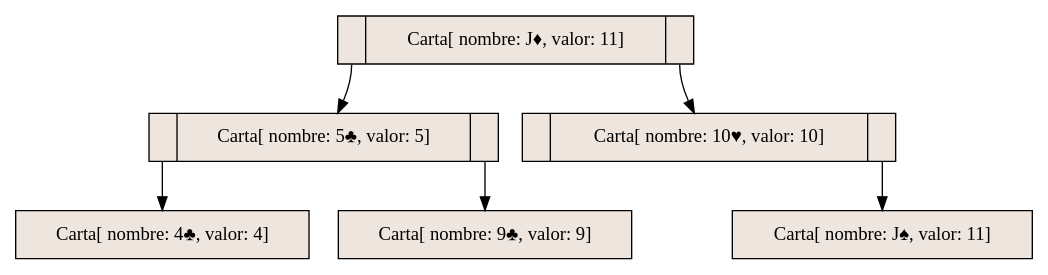
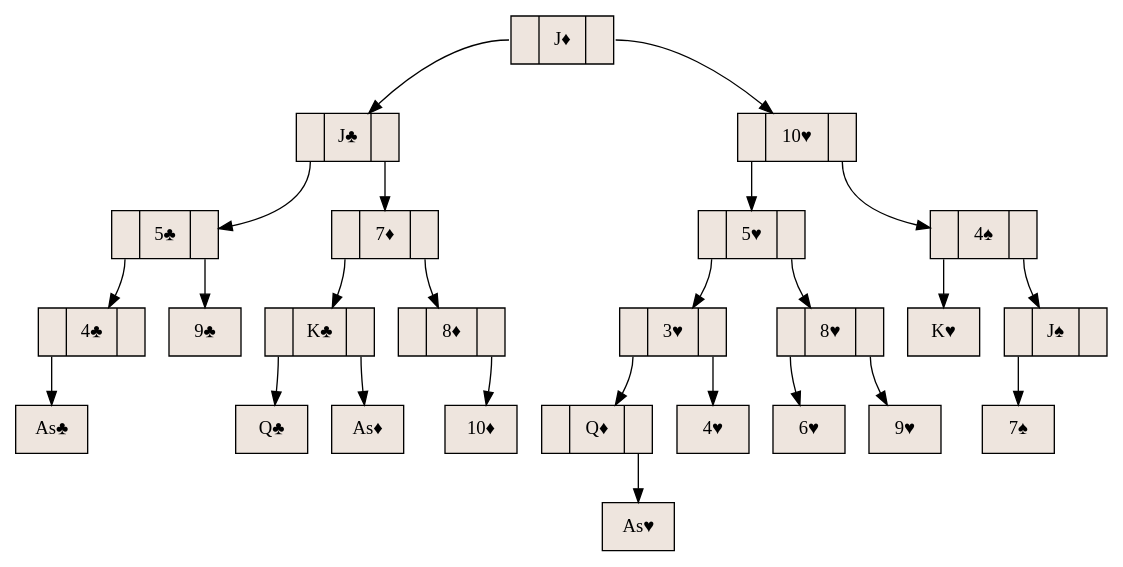
The diagram in Pyramid_EDD/AVL.dot (DulceLeon/EDD_Pyramid_AVL), drawn with Graphviz before and after one commit. The commit also changed 14 other files, not shown here.

```diff
--- a/Pyramid_EDD/AVL.dot
+++ b/Pyramid_EDD/AVL.dot
@@ -1,15 +1,53 @@
 digraph grafica{
 rankdir=TB;
 node [shape = record, style=filled, fillcolor=seashell2];
-nodo31 [ label ="<C0>|Carta[ nombre:  J♦, valor: 11] |<C1>"];
-nodo5 [ label ="<C0>|Carta[ nombre:  5♣, valor: 5] |<C1>"];
-nodo4 [ label ="Carta[ nombre:  4♣, valor: 4] "];
+nodo31 [ label ="<C0>|J♦|<C1>"];
+nodo11 [ label ="<C0>|J♣|<C1>"];
+nodo5 [ label ="<C0>|5♣|<C1>"];
+nodo4 [ label ="<C0>|4♣|<C1>"];
+nodo1 [ label ="As♣"];
+nodo4:C0->nodo1
 nodo5:C0->nodo4
-nodo9 [ label ="Carta[ nombre:  9♣, valor: 9] "];
+nodo9 [ label ="9♣"];
 nodo5:C1->nodo9
-nodo31:C0->nodo5
-nodo50 [ label ="<C0>|Carta[ nombre:  10♥, valor: 10] |<C1>"];
-nodo71 [ label ="Carta[ nombre:  J♠, valor: 11] "];
-nodo50:C1->nodo71
+nodo11:C0->nodo5
+nodo27 [ label ="<C0>|7♦|<C1>"];
+nodo13 [ label ="<C0>|K♣|<C1>"];
+nodo12 [ label ="Q♣"];
+nodo13:C0->nodo12
+nodo21 [ label ="As♦"];
+nodo13:C1->nodo21
+nodo27:C0->nodo13
+nodo28 [ label ="<C0>|8♦|<C1>"];
+nodo30 [ label ="10♦"];
+nodo28:C1->nodo30
+nodo27:C1->nodo28
+nodo11:C1->nodo27
+nodo31:C0->nodo11
+nodo50 [ label ="<C0>|10♥|<C1>"];
+nodo45 [ label ="<C0>|5♥|<C1>"];
+nodo43 [ label ="<C0>|3♥|<C1>"];
+nodo32 [ label ="<C0>|Q♦|<C1>"];
+nodo41 [ label ="As♥"];
+nodo32:C1->nodo41
+nodo43:C0->nodo32
+nodo44 [ label ="4♥"];
+nodo43:C1->nodo44
+nodo45:C0->nodo43
+nodo48 [ label ="<C0>|8♥|<C1>"];
+nodo46 [ label ="6♥"];
+nodo48:C0->nodo46
+nodo49 [ label ="9♥"];
+nodo48:C1->nodo49
+nodo45:C1->nodo48
+nodo50:C0->nodo45
+nodo64 [ label ="<C0>|4♠|<C1>"];
+nodo53 [ label ="K♥"];
+nodo64:C0->nodo53
+nodo71 [ label ="<C0>|J♠|<C1>"];
+nodo67 [ label ="7♠"];
+nodo71:C0->nodo67
+nodo64:C1->nodo71
+nodo50:C1->nodo64
 nodo31:C1->nodo50
 }
```
